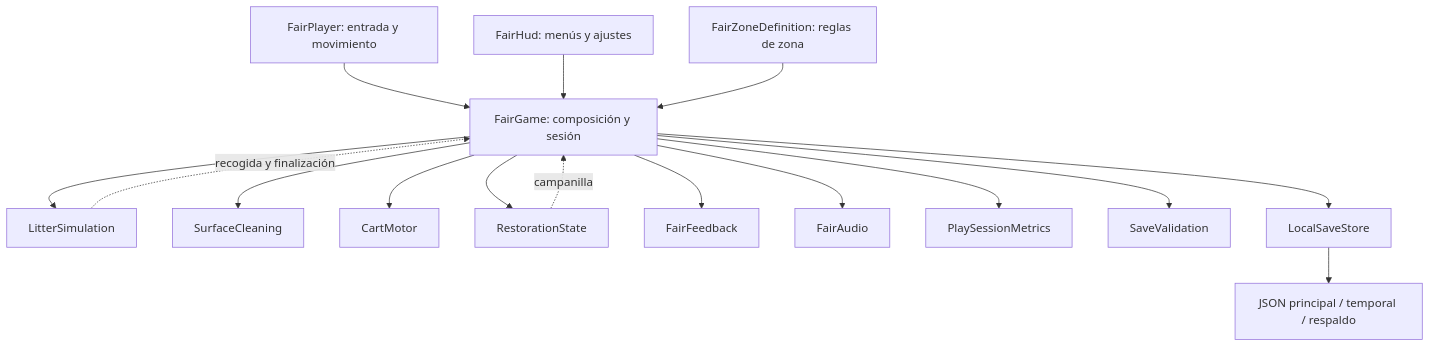
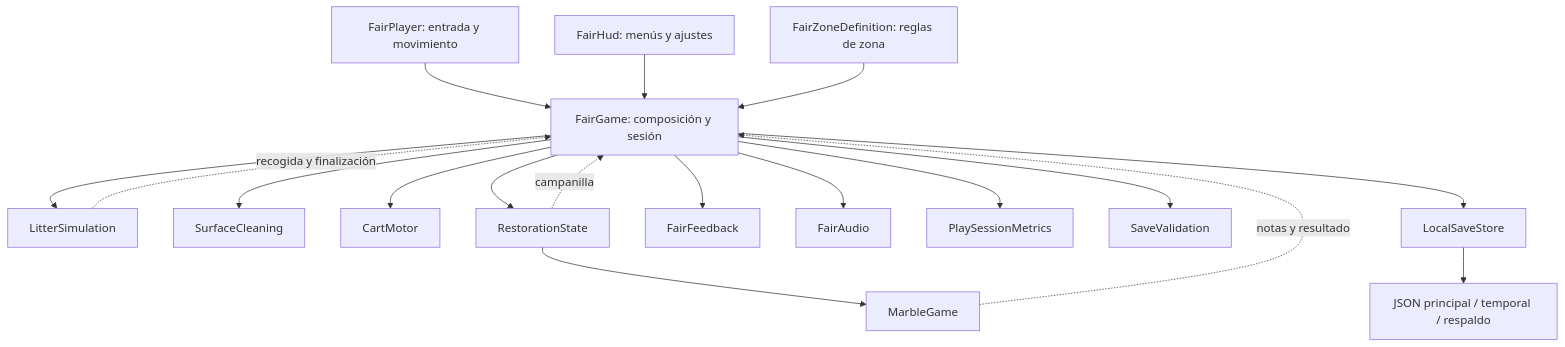
One commit to MarcoAntonioDamianOrtiz/DespuesDeLaFeria-Unity changed the first of 2 diagrams in docs/ARQUITECTURA.md. Above: the diagram before and after it, drawn with Mermaid. The commit also changed other lines of this file and 60 other files, not shown here.

````diff
--- a/docs/ARQUITECTURA.md
+++ b/docs/ARQUITECTURA.md
@@ -15,18 +15,20 @@
 ```mermaid
 flowchart TD
     Input[FairPlayer: entrada y movimiento] --> App[FairGame: composición y sesión]
     HUD[FairHud: menús y ajustes] --> App
     Rules[FairZoneDefinition: reglas de zona] --> App
     App --> Floor[LitterSimulation]
     App --> Surface[SurfaceCleaning]
     App --> Cart[CartMotor]
     App --> World[RestorationState]
+    World --> Toy[MarbleGame]
+    Toy -. notas y resultado .-> App
     App --> Feedback[FairFeedback]
     App --> Sound[FairAudio]
     App --> Metrics[PlaySessionMetrics]
     App --> Validate[SaveValidation]
     App --> Disk[LocalSaveStore]
     Disk --> Files[JSON principal / temporal / respaldo]
     Floor -. recogida y finalización .-> App
     World -. campanilla .-> App
 ```
````
